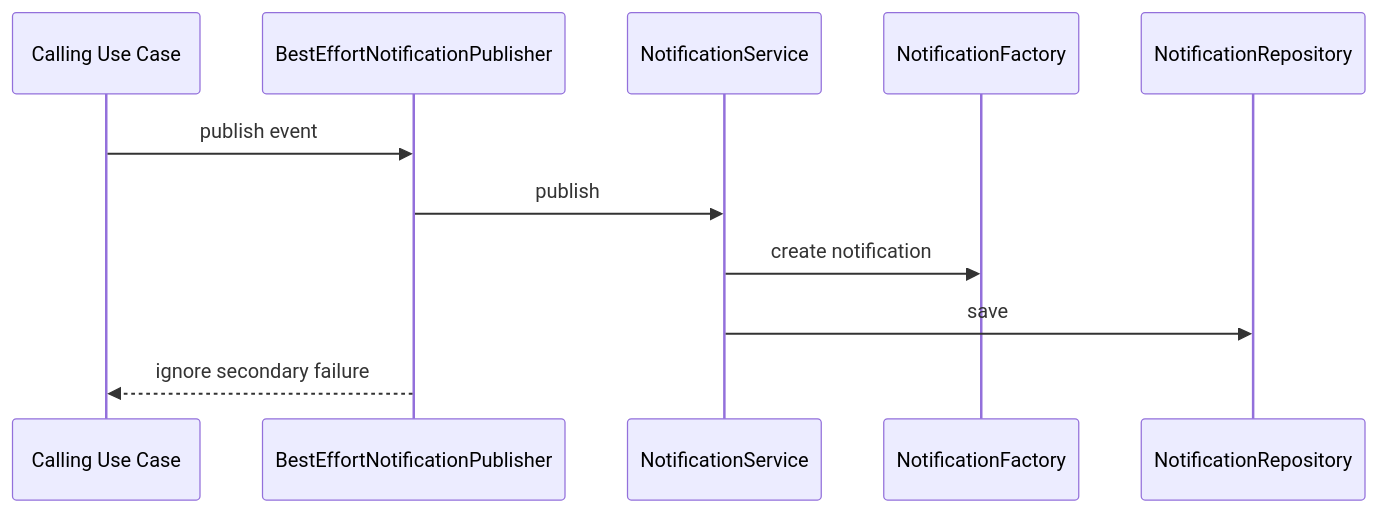
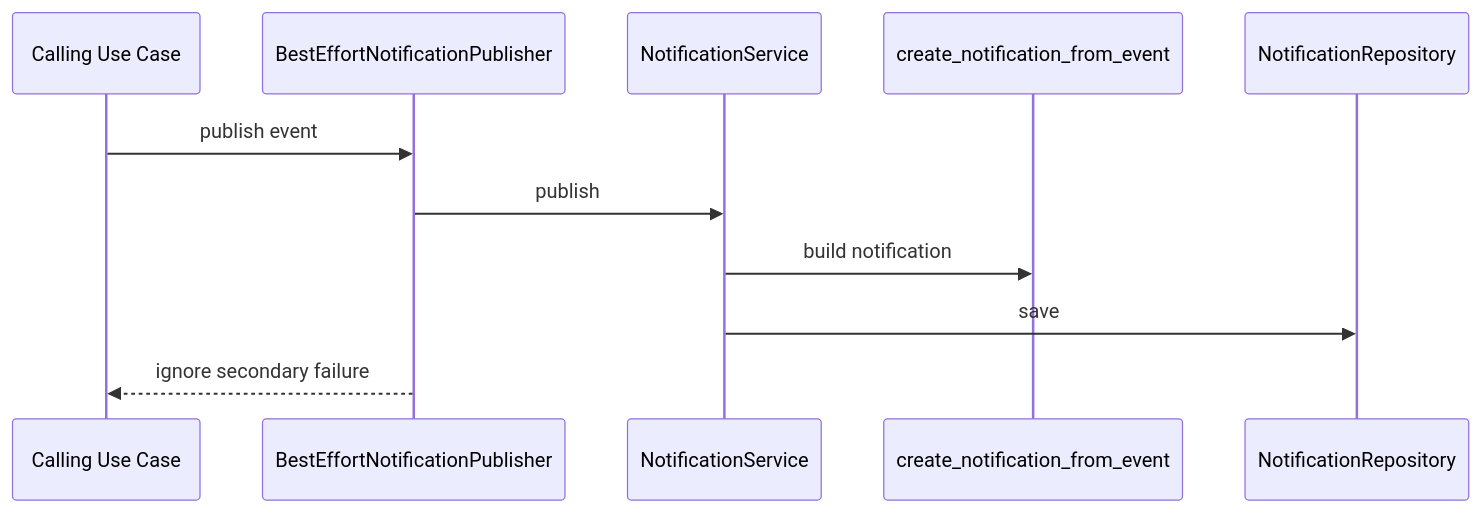
The eighth of 11 diagrams in Readme.md (PhoebeLu1011/CourseReviewSystem), drawn with Mermaid before and after one commit. The commit also changed other lines of this file and 26 other files, not shown here.

````diff
--- a/Readme.md
+++ b/Readme.md
@@ -402,13 +428,13 @@
 ```mermaid
 sequenceDiagram
     participant UseCase as Calling Use Case
     participant Publisher as BestEffortNotificationPublisher
     participant Service as NotificationService
-    participant Factory as NotificationFactory
+    participant Template as create_notification_from_event
     participant Repo as NotificationRepository
     UseCase->>Publisher: publish event
     Publisher->>Service: publish
-    Service->>Factory: create notification
+    Service->>Template: build notification
     Service->>Repo: save
     Publisher-->>UseCase: ignore secondary failure
 ```
````
